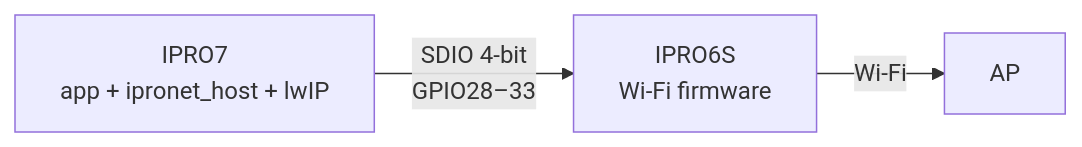
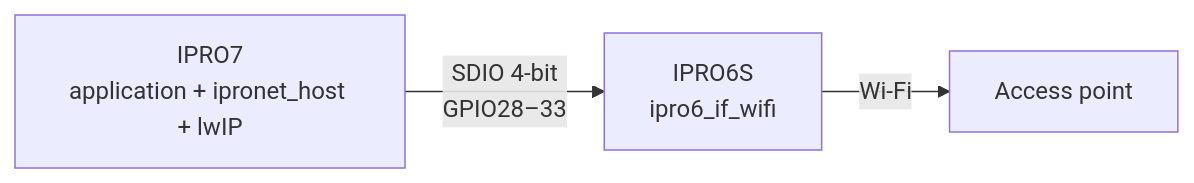
Before and after one commit to INTELPRO-INC/ipro-sdk-docs: the diagram in docs/en/guides/networking.md, drawn with Mermaid. The commit also changed other lines of this file and 182 other files, not shown here.

````diff
--- a/docs/en/guides/networking.md
+++ b/docs/en/guides/networking.md
@@ -188,5 +189,5 @@
 ```mermaid
 flowchart LR
-  A["IPRO7<br/>app + ipronet_host + lwIP"] -->|"SDIO 4-bit<br/>GPIO28–33"| B["IPRO6S<br/>Wi-Fi firmware"]
-  B -->|Wi-Fi| C["AP"]
+  A["IPRO7<br/>application + ipronet_host + lwIP"] -->|"SDIO 4-bit<br/>GPIO28–33"| B["IPRO6S<br/>ipro6_if_wifi"]
+  B -->|Wi-Fi| C["Access point"]
 ```
````
